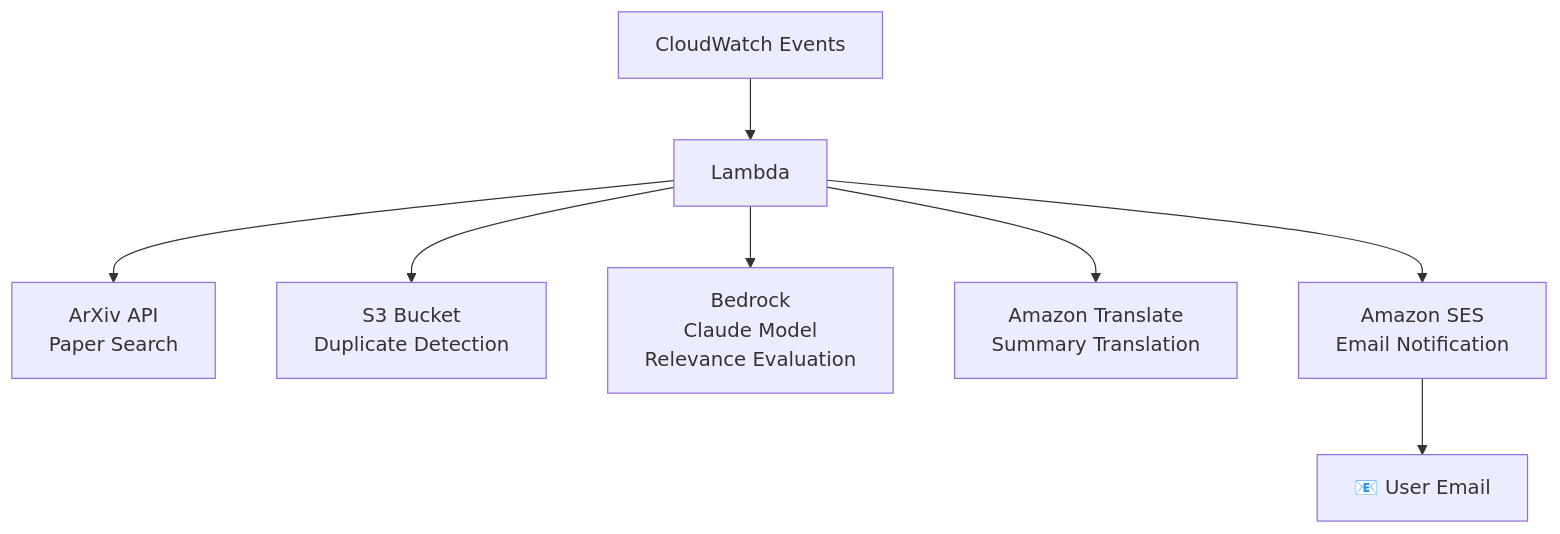
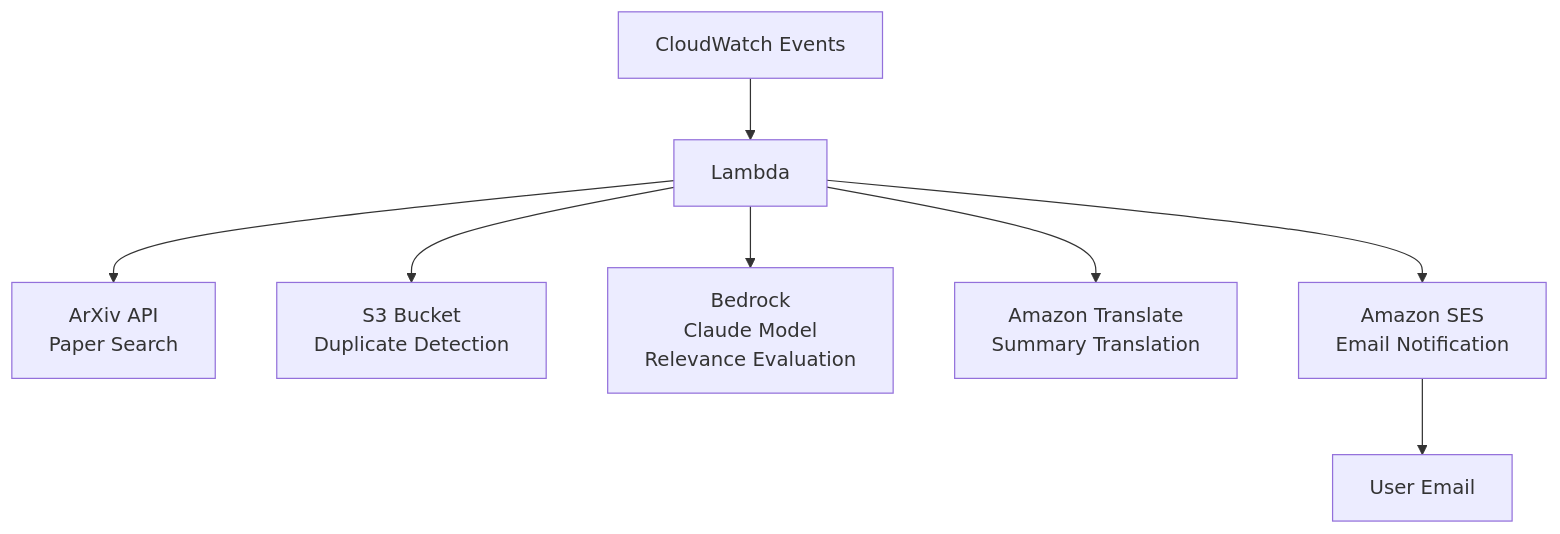
One commit to privet-kitty/notify-papers changed the diagram in README.md. Above: the diagram before and after it, drawn with Mermaid. The commit also changed other lines of this file and 7 other files, not shown here.

````diff
--- a/README.md
+++ b/README.md
@@ -7,10 +7,10 @@
 ```mermaid
 graph TD
     CW[CloudWatch Events] --> LF[Lambda]
     LF --> AX[ArXiv API<br/>Paper Search]
     LF --> S3[S3 Bucket<br/>Duplicate Detection]
     LF --> BR[Bedrock<br/>Claude Model<br/>Relevance Evaluation]
     LF --> TR[Amazon Translate<br/>Summary Translation]
     LF --> SES[Amazon SES<br/>Email Notification]
-    SES --> USER[📧 User Email]
+    SES --> USER[User Email]
 ```
````
